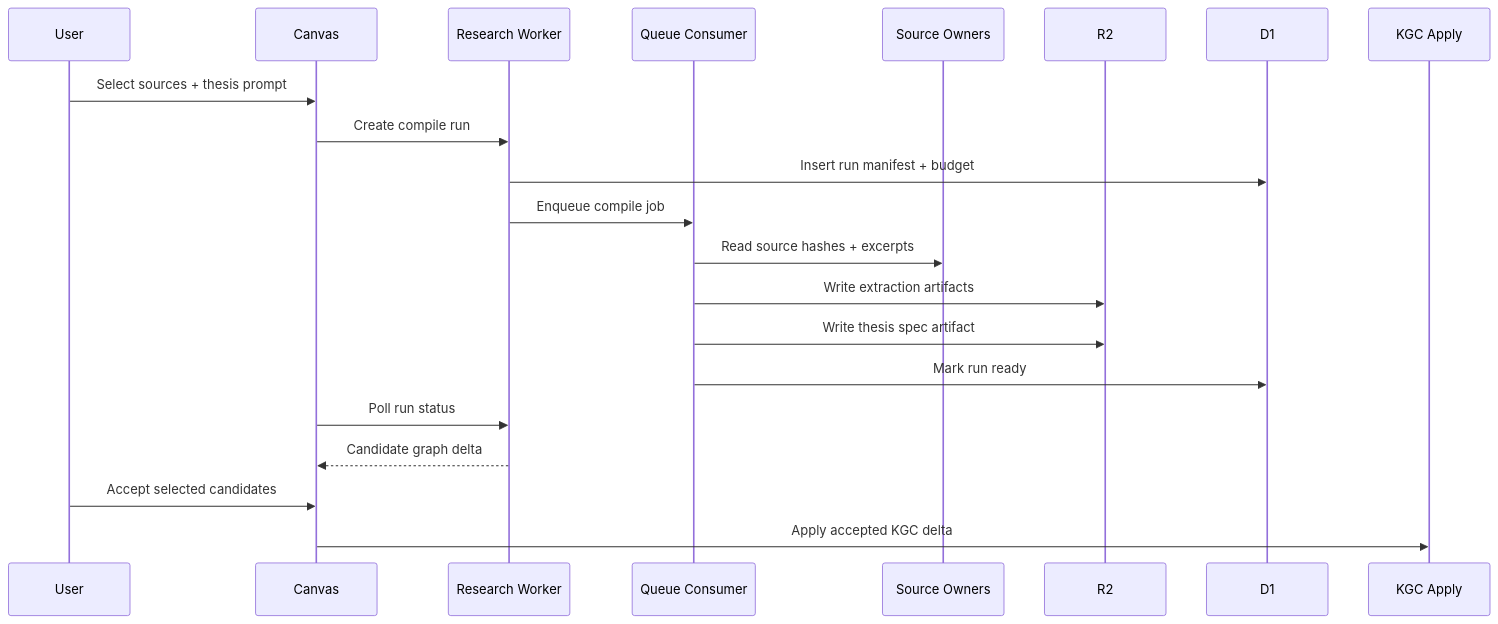
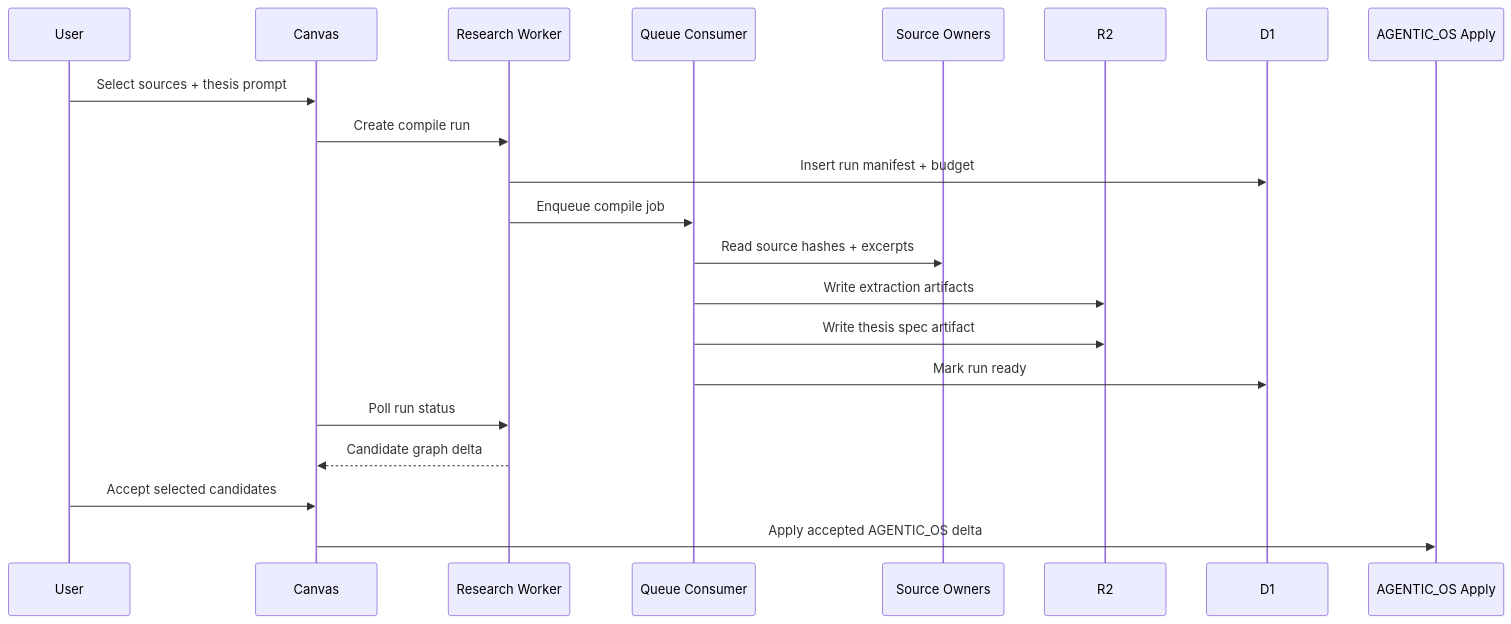
One commit to huijoohwee/agentic-graph changed the first of 2 diagrams in docs/documents/agentic-graph-research-agent-prd-tad.md. Above: the diagram before and after it, drawn with Mermaid. The commit also changed other lines of this file and 599 other files, not shown here.

````diff
--- a/docs/documents/agentic-graph-research-agent-prd-tad.md
+++ b/docs/documents/agentic-graph-research-agent-prd-tad.md
@@ -284,24 +284,24 @@
 ```mermaid
 sequenceDiagram
   participant U as User
   participant C as Canvas
   participant W as Research Worker
   participant Q as Queue Consumer
   participant S as Source Owners
   participant R as R2
   participant D as D1
-  participant G as KGC Apply
+  participant G as AGENTIC_OS Apply
 
   U->>C: Select sources + thesis prompt
   C->>W: Create compile run
   W->>D: Insert run manifest + budget
   W->>Q: Enqueue compile job
   Q->>S: Read source hashes + excerpts
   Q->>R: Write extraction artifacts
   Q->>R: Write thesis spec artifact
   Q->>D: Mark run ready
   C->>W: Poll run status
   W-->>C: Candidate graph delta
   U->>C: Accept selected candidates
-  C->>G: Apply accepted KGC delta
+  C->>G: Apply accepted AGENTIC_OS delta
 ```
````
